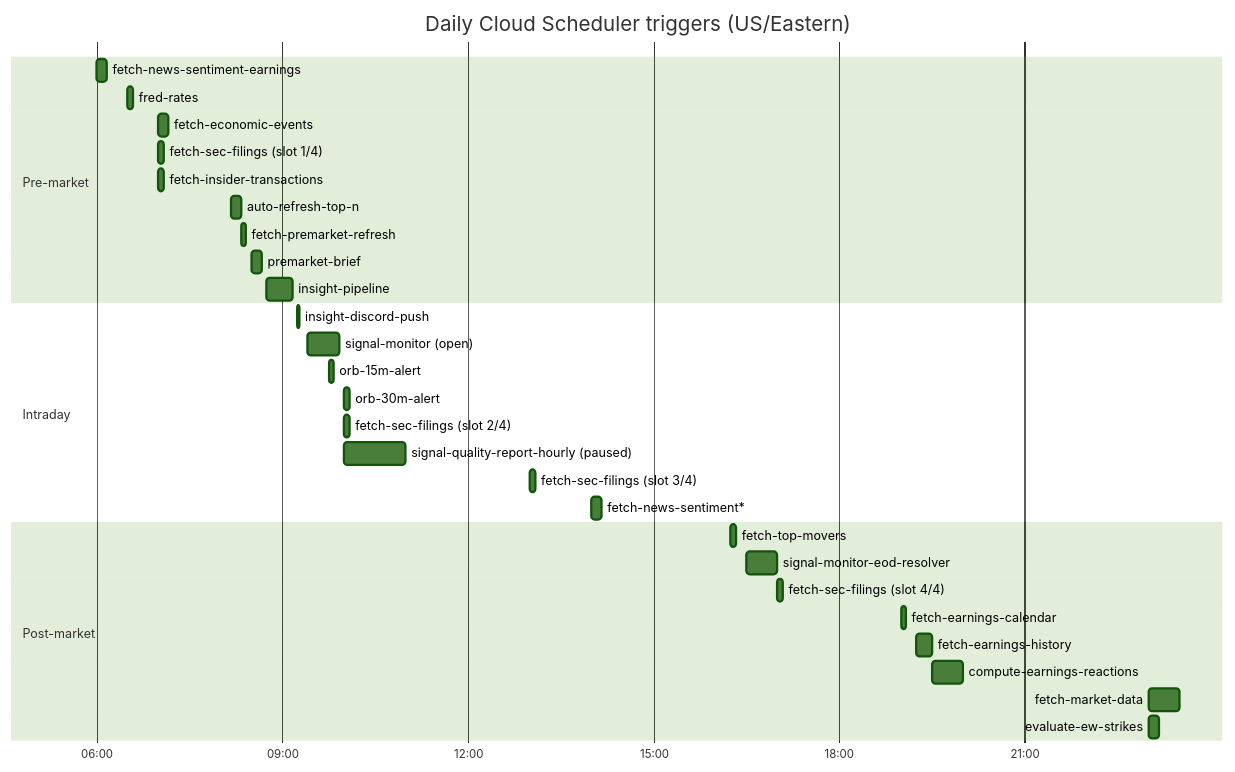
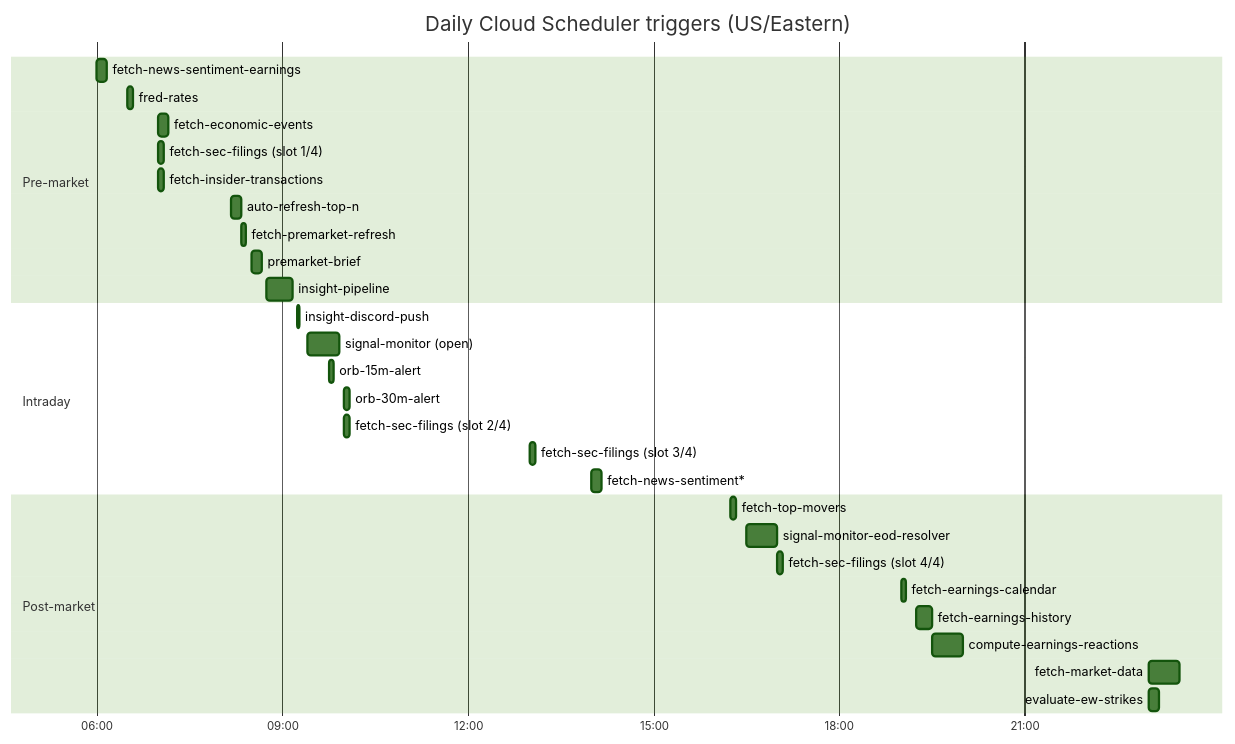
One commit to TeneikaAskew/stocks changed the fourth of 9 diagrams in docs/GCP_ARCHITECTURE.md. Above: the diagram before and after it, drawn with Mermaid (forest theme). The commit also changed other lines of this file and 6 other files, not shown here.

````diff
--- a/docs/GCP_ARCHITECTURE.md
+++ b/docs/GCP_ARCHITECTURE.md
@@ -421,37 +421,36 @@
 ```mermaid
 gantt
     title Daily Cloud Scheduler triggers (US/Eastern)
     dateFormat HH:mm
     axisFormat %H:%M
 
     section Pre-market
     fetch-news-sentiment-earnings :a0, 06:00, 10m
     fred-rates                    :a1, 06:30, 5m
     fetch-economic-events         :a2, 07:00, 10m
     fetch-sec-filings (slot 1/4)  :a3, 07:00, 5m
     fetch-insider-transactions    :a4, 07:00, 5m
     auto-refresh-top-n            :a6, 08:10, 10m
     fetch-premarket-refresh       :a7, 08:20, 5m
     premarket-brief               :a8, 08:30, 10m
     insight-pipeline              :a9, 08:45, 25m
 
     section Intraday
     insight-discord-push          :b1, 09:15, 2m
     signal-monitor (open)         :b2, 09:25, 30m
     orb-15m-alert                 :b3, 09:45, 5m
     orb-30m-alert                 :b4, 10:00, 5m
     fetch-sec-filings (slot 2/4)  :b5, 10:00, 5m
-    signal-quality-report-hourly (paused) :b6, 10:00, 60m
     fetch-sec-filings (slot 3/4)  :b7, 13:00, 5m
     fetch-news-sentiment*         :b8, 14:00, 10m
 
     section Post-market
     fetch-top-movers              :c1, 16:15, 5m
     signal-monitor-eod-resolver   :c2, 16:30, 30m
     fetch-sec-filings (slot 4/4)  :c3, 17:00, 5m
     fetch-earnings-calendar       :c4, 19:00, 5m
     fetch-earnings-history        :c5, 19:15, 15m
     compute-earnings-reactions    :c6, 19:30, 30m
     fetch-market-data             :c7, 23:00, 30m
     evaluate-ew-strikes           :c8, 23:00, 10m
 ```
````
